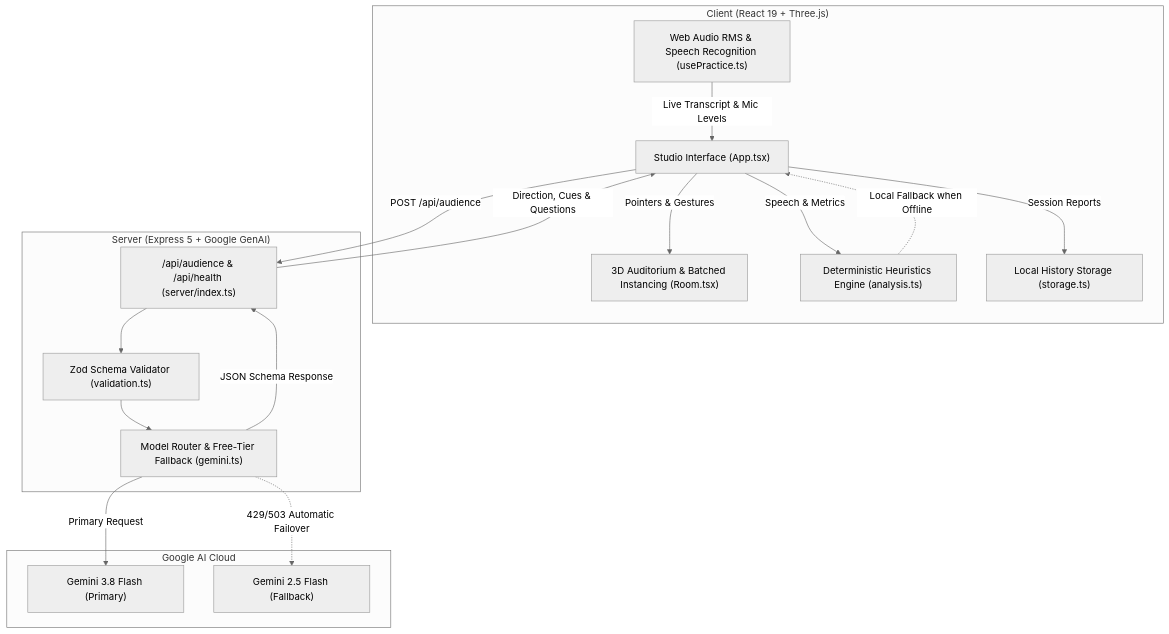
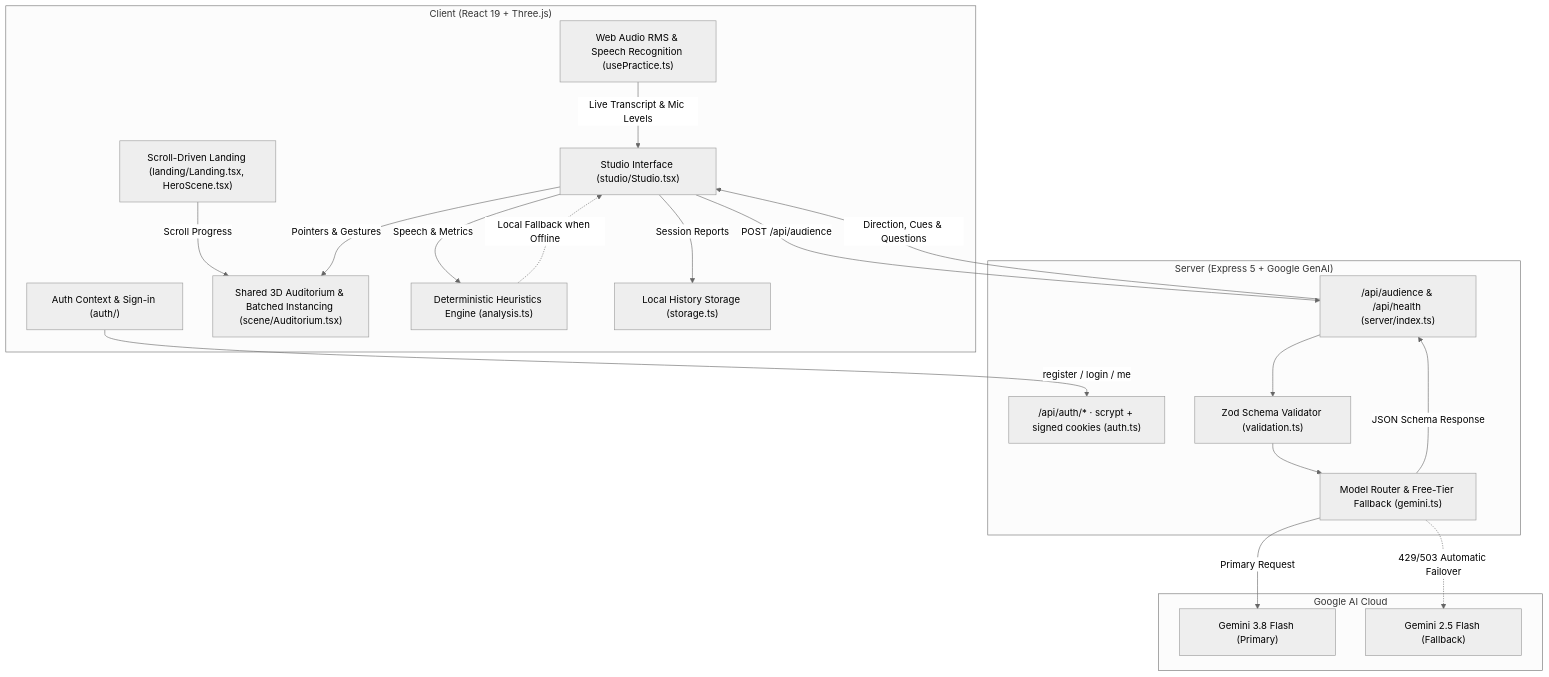
One commit to satiricalguru/Podium changed the diagram in README.md. Above: the diagram before and after it, drawn with Mermaid (neutral theme). The commit also changed other lines of this file and 31 other files, not shown here.

Commit message:
feat: add auditorium scene, authentication, studio views, and server auth endpoints

````diff
--- a/README.md
+++ b/README.md
@@ -97,36 +103,41 @@
 ```mermaid
 flowchart TD
     subgraph Client ["Client (React 19 + Three.js)"]
-        UI["Studio Interface (App.tsx)"]
+        Landing["Scroll-Driven Landing (landing/Landing.tsx, HeroScene.tsx)"]
+        Auth["Auth Context & Sign-in (auth/)"]
+        UI["Studio Interface (studio/Studio.tsx)"]
         Audio["Web Audio RMS & Speech Recognition (usePractice.ts)"]
-        Canvas3D["3D Auditorium & Batched Instancing (Room.tsx)"]
+        Canvas3D["Shared 3D Auditorium & Batched Instancing (scene/Auditorium.tsx)"]
         LocalEngine["Deterministic Heuristics Engine (analysis.ts)"]
         Storage["Local History Storage (storage.ts)"]
     end
 
     subgraph Server ["Server (Express 5 + Google GenAI)"]
         API["/api/audience & /api/health (server/index.ts)"]
+        AuthAPI["/api/auth/* · scrypt + signed cookies (auth.ts)"]
         Val["Zod Schema Validator (validation.ts)"]
         GeminiRouter["Model Router & Free-Tier Fallback (gemini.ts)"]
     end
 
     subgraph GoogleCloud ["Google AI Cloud"]
         G38["Gemini 3.8 Flash (Primary)"]
         G25["Gemini 2.5 Flash (Fallback)"]
     end
 
     Audio -->|Live Transcript & Mic Levels| UI
+    Landing -->|Scroll Progress| Canvas3D
+    Auth -->|register / login / me| AuthAPI
     UI -->|Pointers & Gestures| Canvas3D
     UI -->|Speech & Metrics| LocalEngine
     UI -->|Session Reports| Storage
     UI -->|POST /api/audience| API
 
     API --> Val
     Val --> GeminiRouter
     GeminiRouter -->|Primary Request| G38
     GeminiRouter -.->|429/503 Automatic Failover| G25
     GeminiRouter -->|JSON Schema Response| API
     API -->|Direction, Cues & Questions| UI
 
     LocalEngine -.->|Local Fallback when Offline| UI
 ```
````
